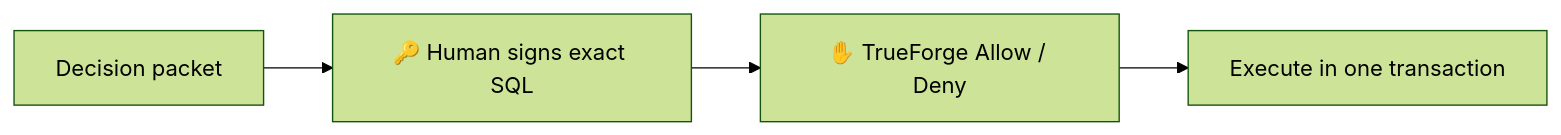
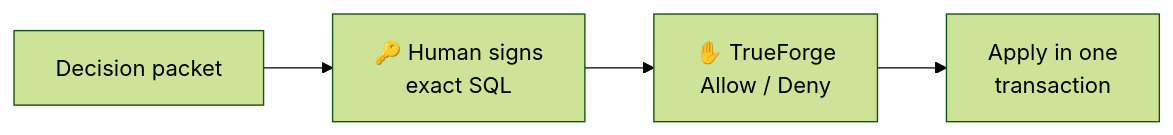
Before and after one commit to harshaxyZ/schemaforge: the third of 7 diagrams in README.md, drawn with Mermaid (forest theme). The commit also changed other lines of this file and 20 other files, not shown here.

````diff
--- a/README.md
+++ b/README.md
@@ -71,6 +81,6 @@
 ```mermaid
 flowchart LR
-    packet["Decision packet"] --> sign["🔑 Human signs exact SQL"]
-    sign --> allow["✋ TrueForge Allow / Deny"]
-    allow --> exec["Execute in one transaction"]
+    packet["Decision packet"] --> sign["🔑 Human signs<br/>exact SQL"]
+    sign --> allow["✋ TrueForge<br/>Allow / Deny"]
+    allow --> exec["Apply in one<br/>transaction"]
 ```
````
